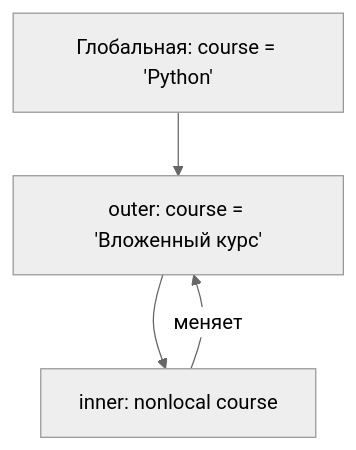
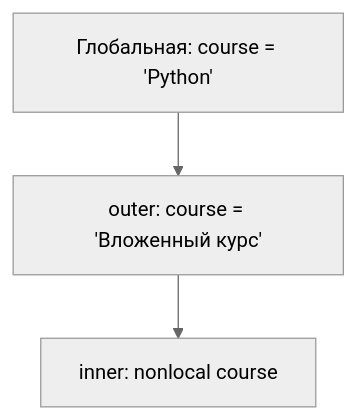
One commit to ZNackly/fai_topit_fundamentals_of_programming changed the diagram in solutions/lab_03/REPORT.md. Above: the diagram before and after it, drawn with Mermaid (neutral theme). The commit also changed other lines of this file, not shown here.

````diff
--- a/solutions/lab_03/REPORT.md
+++ b/solutions/lab_03/REPORT.md
@@ -95,9 +95,8 @@
 ```mermaid
 flowchart TB
     G["Глобальная: course = 'Python'"]
     O["outer: course = 'Вложенный курс'"]
     I["inner: nonlocal course"]
 
     G --> O --> I
-    I -->|"меняет"| O
 ```
````
